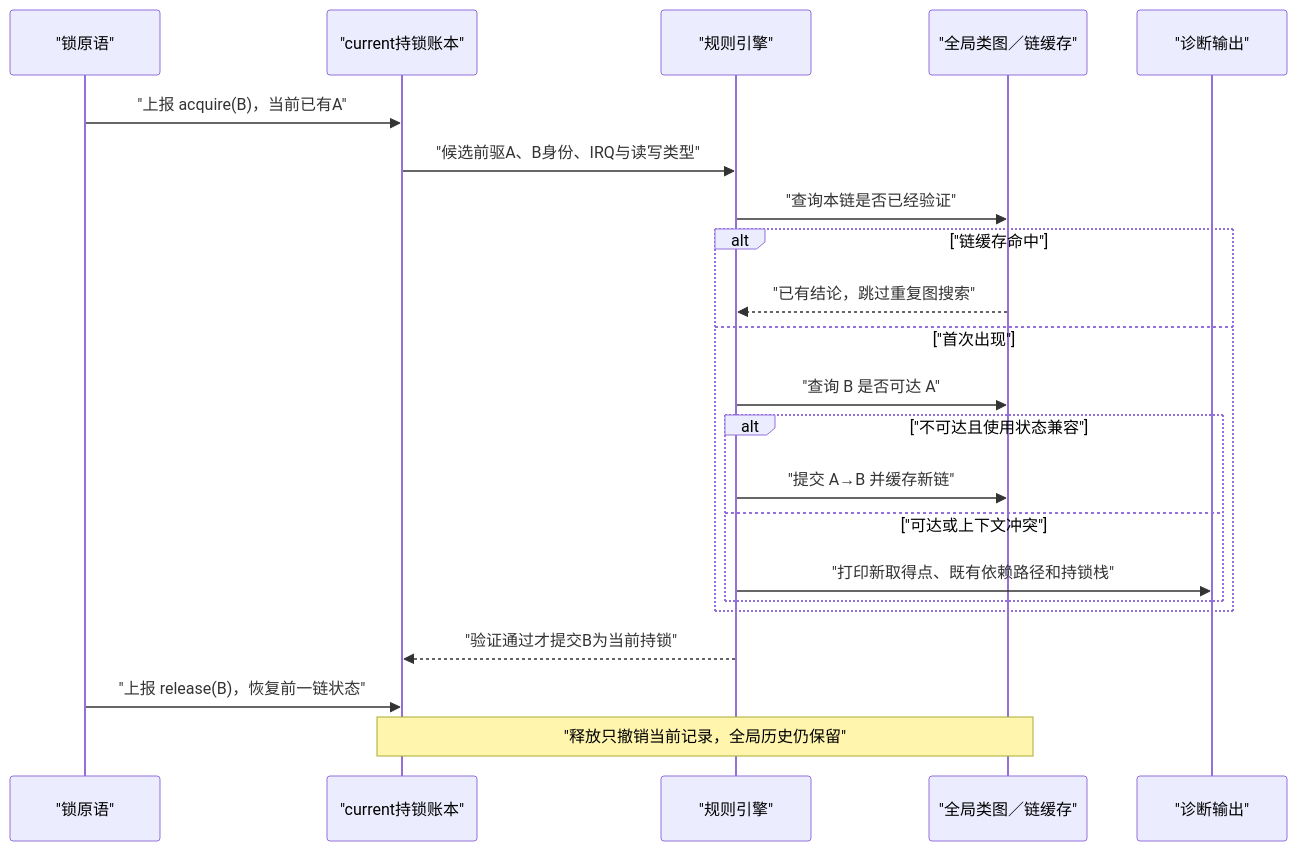
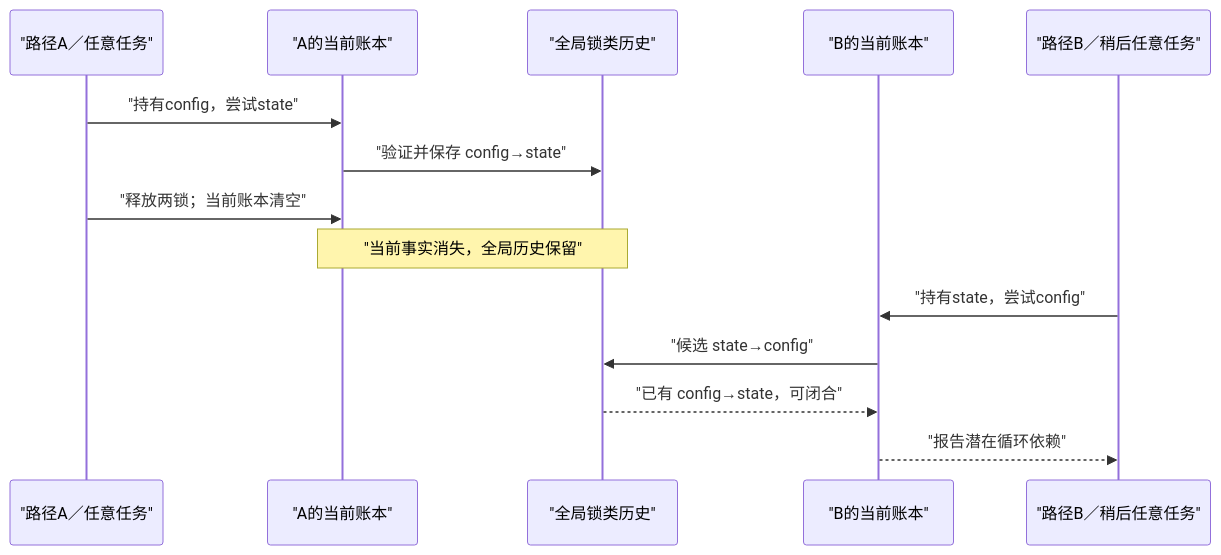
The second of 2 diagrams in knowledge/linux/synchronization/lockdep/P02_Lockdep_抽象模型与证明边界.md (FormingSystem/linux_note), drawn with Mermaid before and after one commit. The commit also changed other lines of this file and 21 other files, not shown here.

````diff
--- a/knowledge/linux/synchronization/lockdep/P02_Lockdep_抽象模型与证明边界.md
+++ b/knowledge/linux/synchronization/lockdep/P02_Lockdep_抽象模型与证明边界.md
@@ -116,24 +113,16 @@
 ```mermaid
 sequenceDiagram
-    participant P as "锁原语"
-    participant C as "current持锁账本"
-    participant V as "规则引擎"
-    participant G as "全局类图／链缓存"
-    participant D as "诊断输出"
-    P->>C: "上报 acquire(B)，当前已有A"
-    C->>V: "候选前驱A、B身份、IRQ与读写类型"
-    V->>G: "查询本链是否已经验证"
-    alt "链缓存命中"
-        G-->>V: "已有结论，跳过重复图搜索"
-    else "首次出现"
-        V->>G: "查询 B 是否可达 A"
-        alt "不可达且使用状态兼容"
-            V->>G: "提交 A→B 并缓存新链"
-        else "可达或上下文冲突"
-            V->>D: "打印新取得点、既有依赖路径和持锁栈"
-        end
-    end
-    V-->>C: "验证通过才提交B为当前持锁"
-    P->>C: "上报 release(B)，恢复前一链状态"
-    Note over C,G: "释放只撤销当前记录，全局历史仍保留"
+    participant A as "路径A／任意任务"
+    participant LA as "A的当前账本"
+    participant G as "全局锁类历史"
+    participant LB as "B的当前账本"
+    participant B as "路径B／稍后任意任务"
+    A->>LA: "持有config，尝试state"
+    LA->>G: "验证并保存 config→state"
+    A->>LA: "释放两锁；当前账本清空"
+    Note over LA,G: "当前事实消失，全局历史保留"
+    B->>LB: "持有state，尝试config"
+    LB->>G: "候选 state→config"
+    G-->>LB: "已有 config→state，可闭合"
+    LB-->>B: "报告潜在循环依赖"
 ```
````
